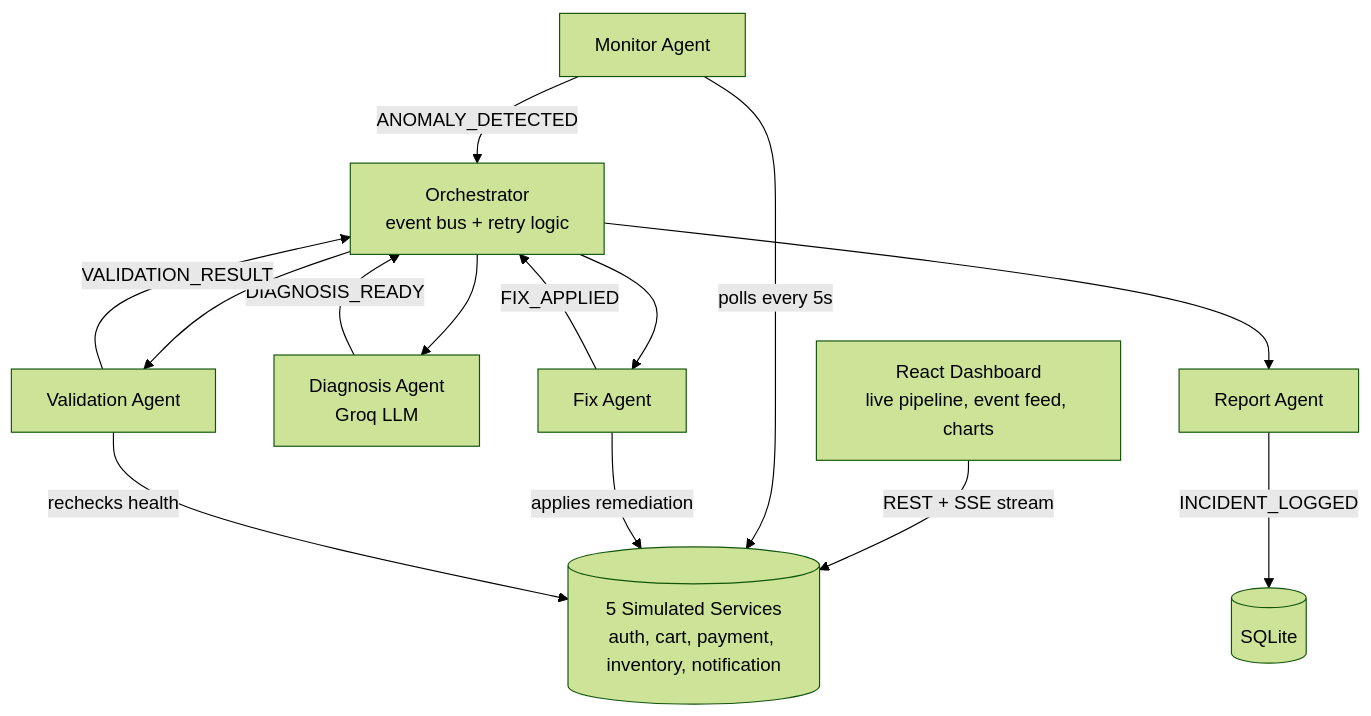
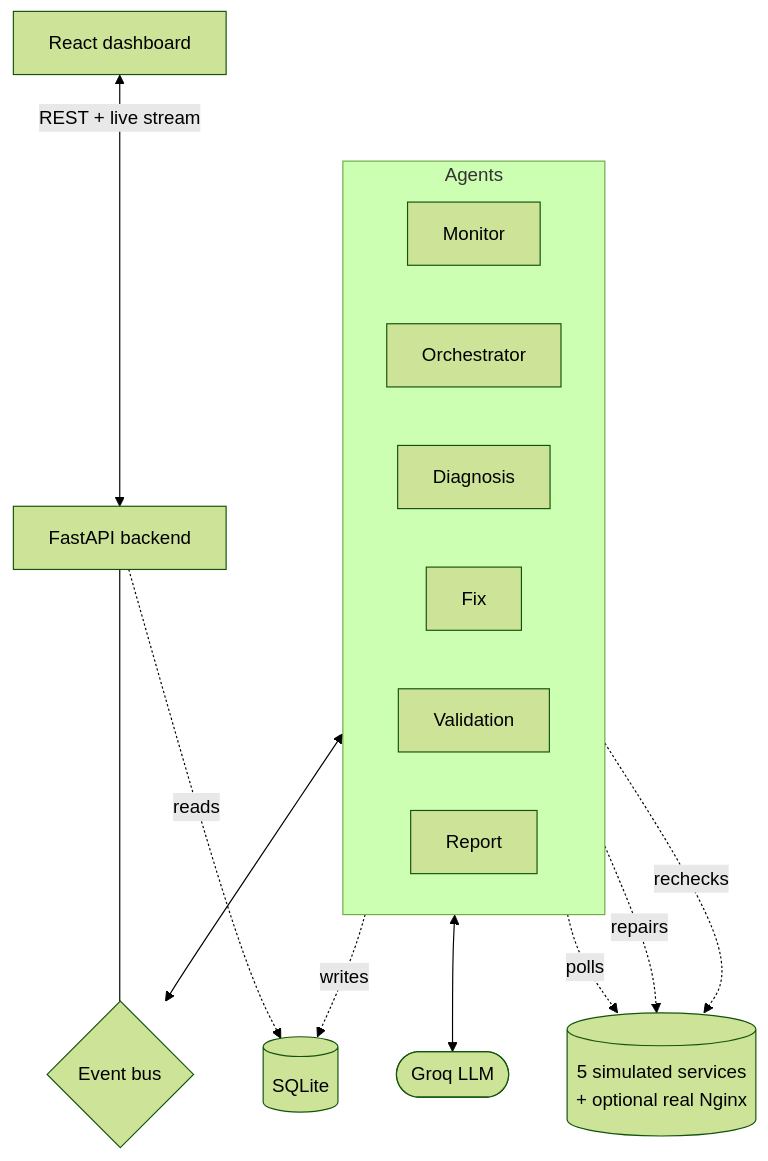
Before and after one commit to codeitanshika/Self-Healing-E-commerce-microservices: the second of 2 diagrams in README.md, drawn with Mermaid (forest theme). The commit also changed other lines of this file and 4 other files, not shown here.

Commit message:
docs: redesign README with demo GIF, dashboard screenshots, diagrams and results

````diff
--- a/README.md
+++ b/README.md
@@ -56,26 +60,28 @@
 ```mermaid
 flowchart TB
-    UI["React Dashboard<br/>live pipeline, event feed, charts"]
-    SVC[("5 Simulated Services<br/>auth, cart, payment, inventory, notification")]
-    MON["Monitor Agent"]
-    ORCH["Orchestrator<br/>event bus + retry logic"]
-    DIAG["Diagnosis Agent<br/>Groq LLM"]
-    FIX["Fix Agent"]
-    VAL["Validation Agent"]
-    REP["Report Agent"]
+    UI["React dashboard"]
+    API["FastAPI backend"]
+    subgraph agents [Agents]
+        direction LR
+        MON[Monitor]
+        ORCH[Orchestrator]
+        DIAG[Diagnosis]
+        FIX[Fix]
+        VAL[Validation]
+        REP[Report]
+    end
+    BUS{"Event bus"}
+    SVC[("5 simulated services<br/>+ optional real Nginx")]
     DB[("SQLite")]
+    LLM(["Groq LLM"])
 
-    UI -->|"REST + SSE stream"| SVC
-    MON -->|"polls every 5s"| SVC
-    MON -->|"ANOMALY_DETECTED"| ORCH
-    ORCH --> DIAG
-    DIAG -->|"DIAGNOSIS_READY"| ORCH
-    ORCH --> FIX
-    FIX -->|"applies remediation"| SVC
-    FIX -->|"FIX_APPLIED"| ORCH
-    ORCH --> VAL
-    VAL -->|"rechecks health"| SVC
-    VAL -->|"VALIDATION_RESULT"| ORCH
-    ORCH --> REP
-    REP -->|"INCIDENT_LOGGED"| DB
+    UI <-->|REST + live stream| API
+    API --- BUS
+    agents <--> BUS
+    DIAG <--> LLM
+    MON -.polls.-> SVC
+    FIX -.repairs.-> SVC
+    VAL -.rechecks.-> SVC
+    REP -.writes.-> DB
+    API -.reads.-> DB
 ```
````
